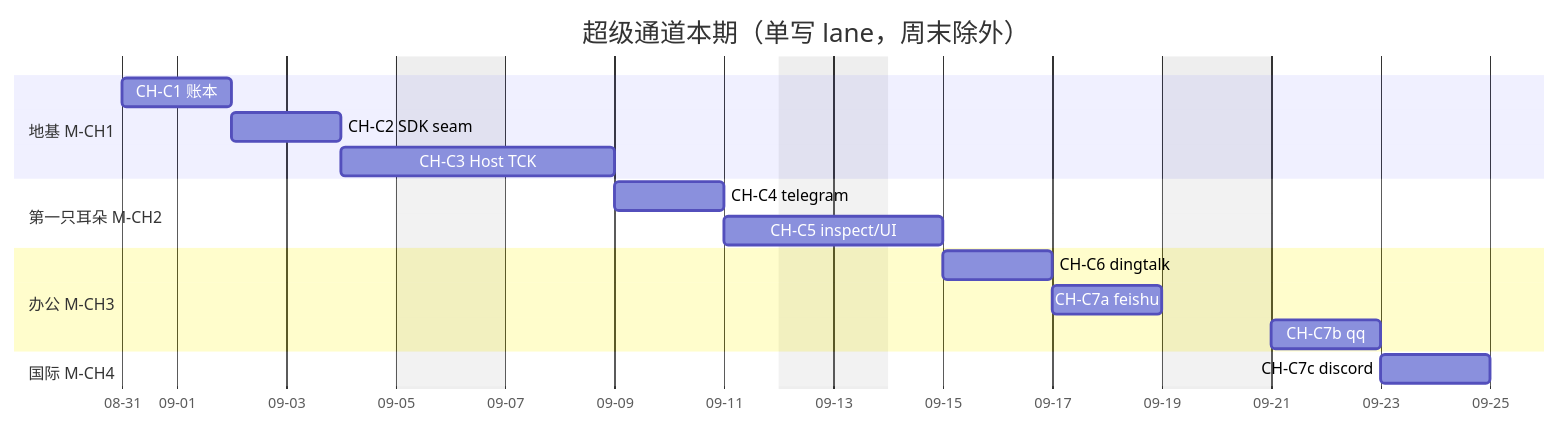
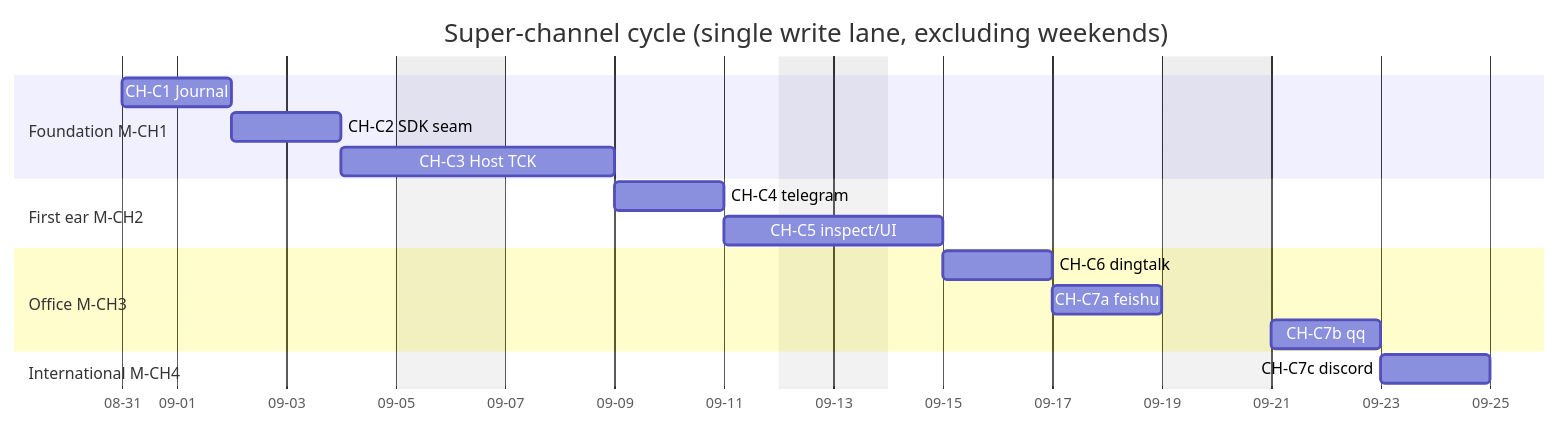
One commit to ProjectViVy/agent-vivy changed the second of 2 diagrams in docs/TODO.md. Above: the diagram before and after it, drawn with Mermaid. The commit also changed other lines of this file and 563 other files, not shown here.

````diff
--- a/docs/TODO.md
+++ b/docs/TODO.md
@@ -207,24 +207,24 @@
 ```mermaid
 gantt
-    title 超级通道本期（单写 lane，周末除外）
+    title Super-channel cycle (single write lane, excluding weekends)
     dateFormat  YYYY-MM-DD
     axisFormat  %m-%d
     excludes    weekends
 
-    section 地基 M-CH1
-    CH-C1 账本            :c1, 2026-08-31, 2d
+    section Foundation M-CH1
+    CH-C1 Journal         :c1, 2026-08-31, 2d
     CH-C2 SDK seam        :c2, after c1, 2d
     CH-C3 Host TCK        :c3, after c2, 3d
 
-    section 第一只耳朵 M-CH2
+    section First ear M-CH2
     CH-C4 telegram        :c4, after c3, 2d
     CH-C5 inspect/UI      :c5, after c4, 2d
 
-    section 办公 M-CH3
+    section Office M-CH3
     CH-C6 dingtalk        :c6, after c5, 2d
     CH-C7a feishu         :c7a, after c6, 2d
     CH-C7b qq             :c7b, after c7a, 2d
 
-    section 国际 M-CH4
+    section International M-CH4
     CH-C7c discord        :c7c, after c7b, 2d
 ```
````
